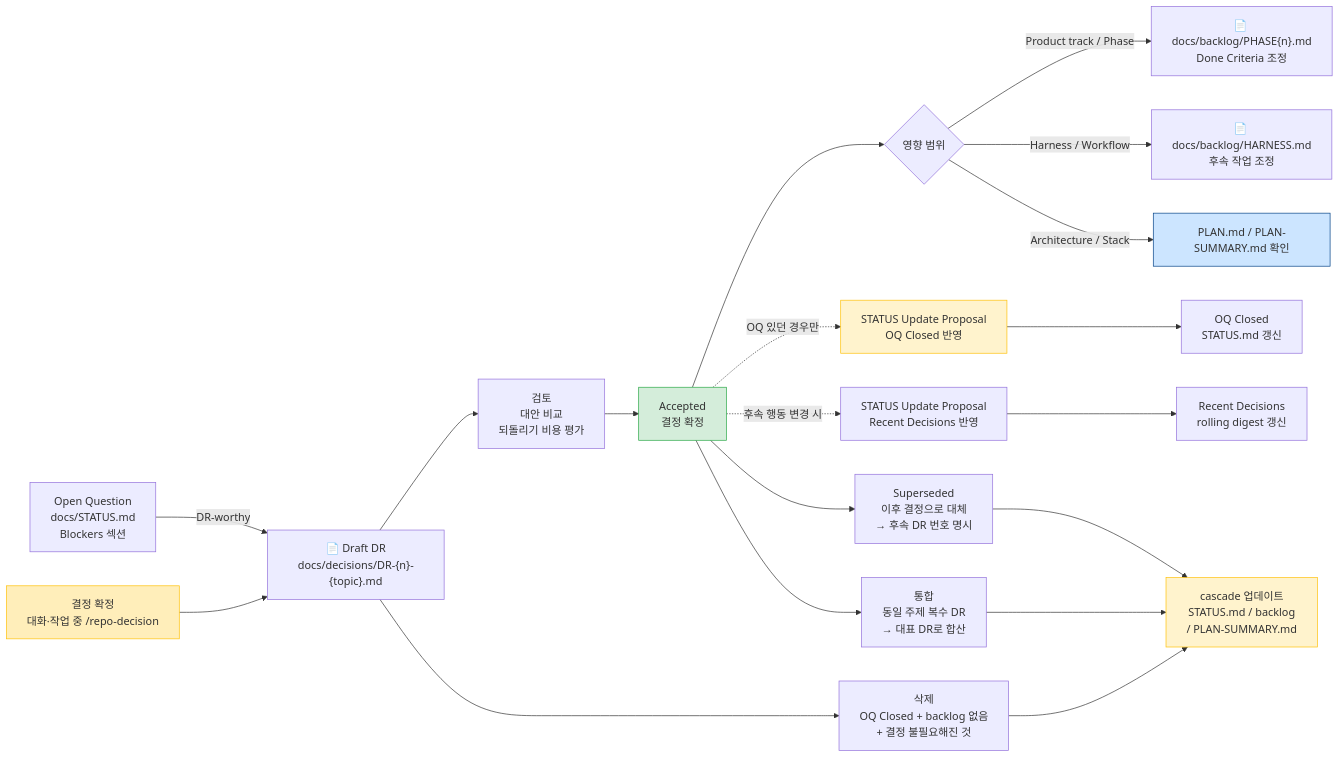
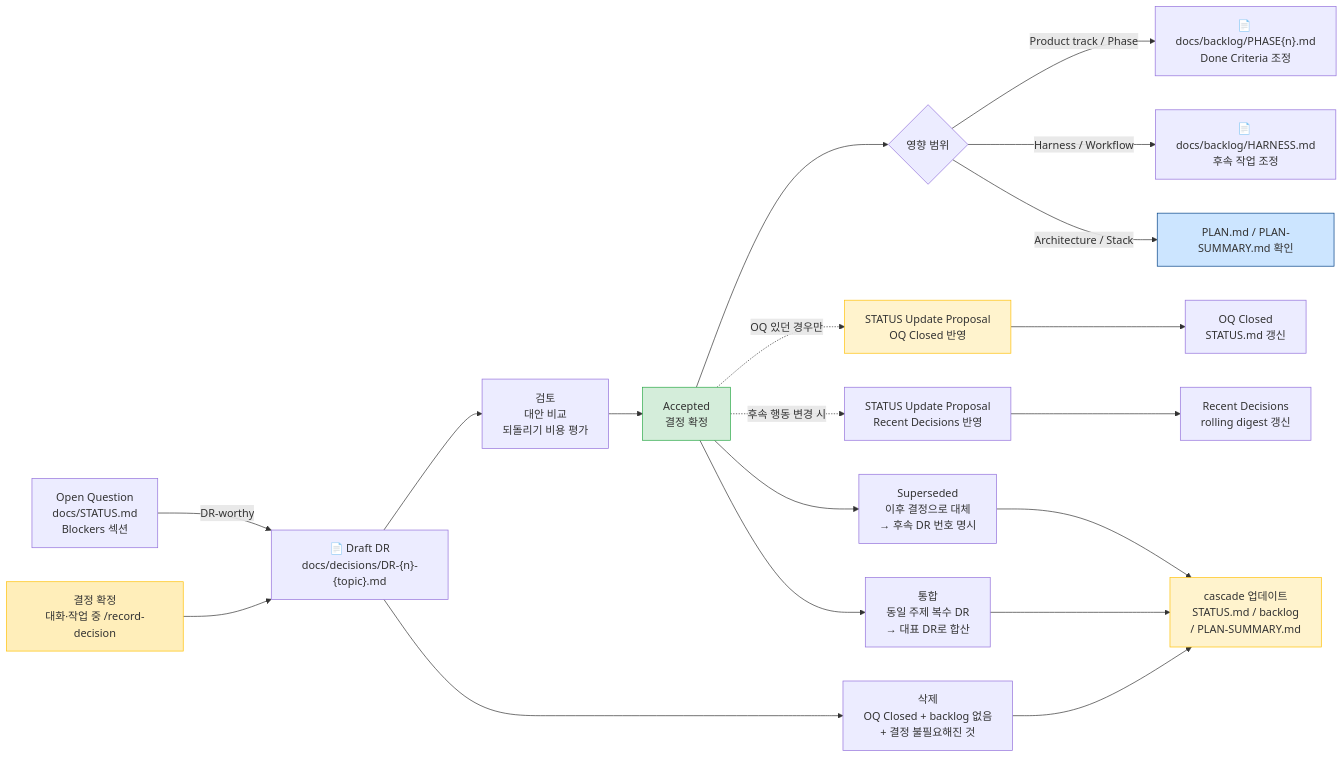
One commit to kyungseo/ai-workflow-harness changed the eighth of 8 diagrams in docs/WORKFLOW-MANUAL.md. Above: the diagram before and after it, drawn with Mermaid. The commit also changed other lines of this file and 21 other files, not shown here.

First line of the commit message:
feat: /record-decision 복원 + product coverage + DR lifecycle + track 필드 도입 (DR-026, CHORE-20260607-006) (#100)

````diff
--- a/docs/WORKFLOW-MANUAL.md
+++ b/docs/WORKFLOW-MANUAL.md
@@ -561,32 +561,32 @@
 ```mermaid
 flowchart LR
     OQ["Open Question\ndocs/STATUS.md\nBlockers 섹션"]
-    DECISION["결정 확정\n대화·작업 중 /repo-decision"]
+    DECISION["결정 확정\n대화·작업 중 /record-decision"]
 
     OQ -->|"DR-worthy"| DRAFT["📄 Draft DR\ndocs/decisions/DR-{n}-{topic}.md"]
     DECISION --> DRAFT
     DRAFT --> REVIEW["검토\n대안 비교\n되돌리기 비용 평가"]
     REVIEW --> ACCEPT["Accepted\n결정 확정"]
     ACCEPT --> ROUTE{영향 범위}
     ROUTE -- Product track / Phase --> PBACKLOG["📄 docs/backlog/PHASE{n}.md\nDone Criteria 조정"]
     ROUTE -- Harness / Workflow --> HBACKLOG["📄 docs/backlog/HARNESS.md\n후속 작업 조정"]
     ROUTE -- Architecture / Stack --> PLAN["PLAN.md / PLAN-SUMMARY.md 확인"]
     ACCEPT -.->|"OQ 있던 경우만"| STATUS_PROPOSAL["STATUS Update Proposal\nOQ Closed 반영"]
     ACCEPT -.->|"후속 행동 변경 시"| RECENT_DECISIONS["STATUS Update Proposal\nRecent Decisions 반영"]
     STATUS_PROPOSAL --> CLOSED["OQ Closed\nSTATUS.md 갱신"]
     RECENT_DECISIONS --> DIGEST["Recent Decisions\nrolling digest 갱신"]
 
     ACCEPT --> SUPERSEDED["Superseded\n이후 결정으로 대체\n→ 후속 DR 번호 명시"]
     DRAFT --> DELETE["삭제\nOQ Closed + backlog 없음\n+ 결정 불필요해진 것"]
     ACCEPT --> MERGE["통합\n동일 주제 복수 DR\n→ 대표 DR로 합산"]
 
     SUPERSEDED --> CASCADE["cascade 업데이트\nSTATUS.md / backlog\n/ PLAN-SUMMARY.md"]
     DELETE --> CASCADE
     MERGE --> CASCADE
 
     style ACCEPT fill:#d4edda,stroke:#28a745
     style DECISION fill:#ffeeba,stroke:#ffc107
     style PLAN fill:#cce5ff,stroke:#004085
     style STATUS_PROPOSAL fill:#fff3cd,stroke:#ffc107
     style CASCADE fill:#fff3cd,stroke:#ffc107
 ```
````
